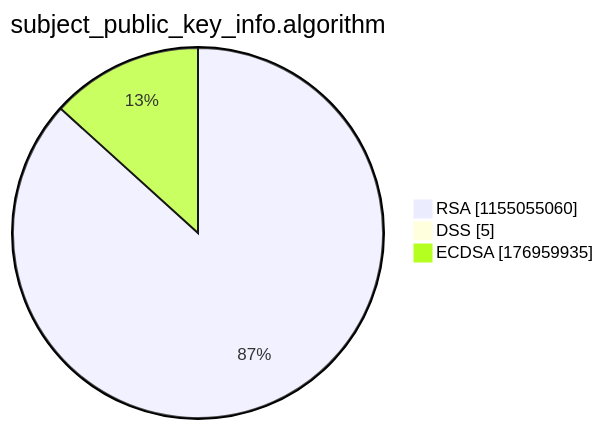
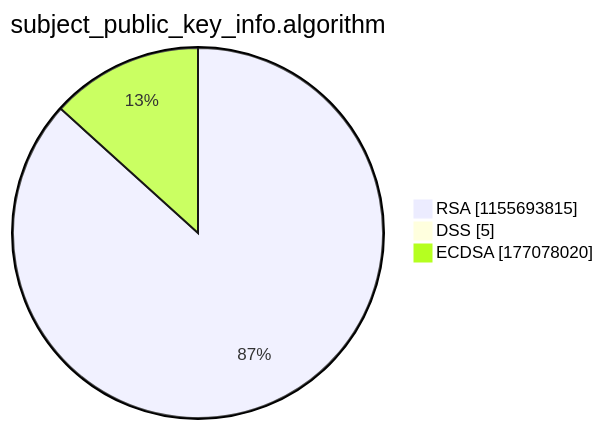
One commit to christiankrug/ctmonitor_visualization changed the third of 15 diagrams in argon2022/README.md. Above: the diagram before and after it, drawn with Mermaid. The commit also changed other lines of this file, not shown here.

````diff
--- a/argon2022/README.md
+++ b/argon2022/README.md
@@ -14,7 +14,7 @@
 ```mermaid
 pie showData
 title subject_public_key_info.algorithm
-"RSA" :1155055060
+"RSA" :1155693815
 "DSS" :5
-"ECDSA" :176959935
+"ECDSA" :177078020
 ```
````
